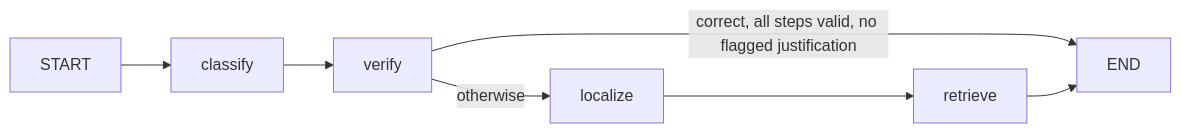
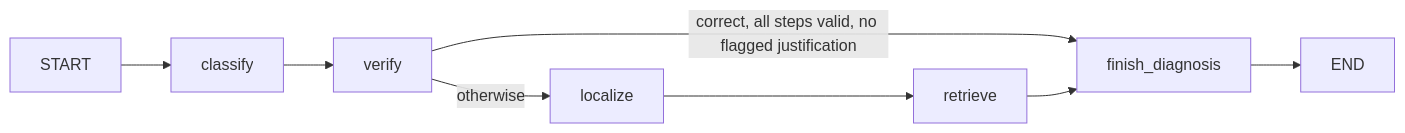
The second of 2 diagrams in docs/architecture.md (ruzhylopv/math-tutor-nlp-sys), drawn with Mermaid before and after one commit. The commit also changed other lines of this file and 3 other files, not shown here.

First line of the commit message:
docs: add finish_diagnosis as the last node of the diagnosis subgraph

````diff
--- a/docs/architecture.md
+++ b/docs/architecture.md
@@ -45,6 +45,7 @@
 ```mermaid
 flowchart LR
   START --> classify --> verify
-  verify -->|"correct, all steps valid, no flagged justification"| END
-  verify -->|otherwise| localize --> retrieve --> END
+  verify -->|"correct, all steps valid, no flagged justification"| finish_diagnosis
+  verify -->|otherwise| localize --> retrieve --> finish_diagnosis
+  finish_diagnosis --> END
 ```
````
